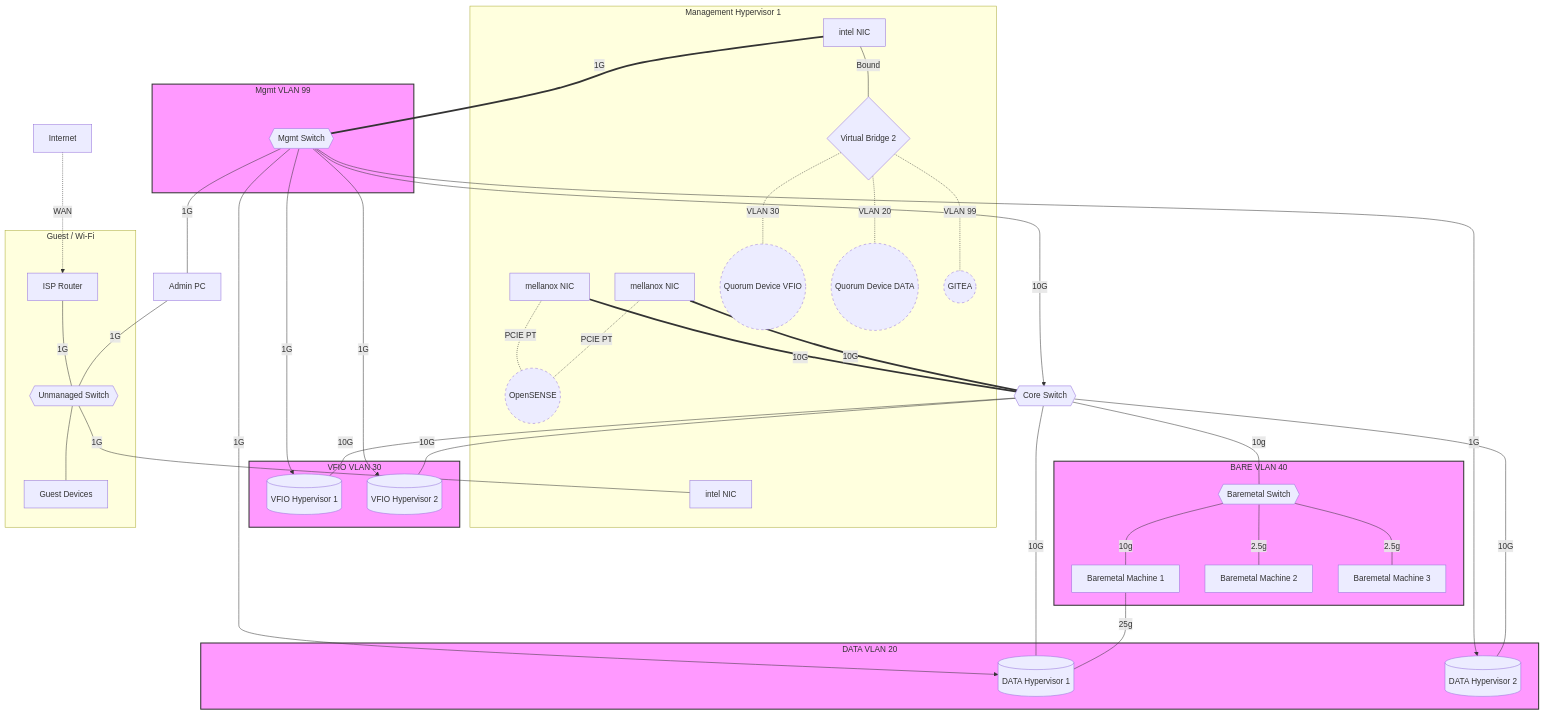
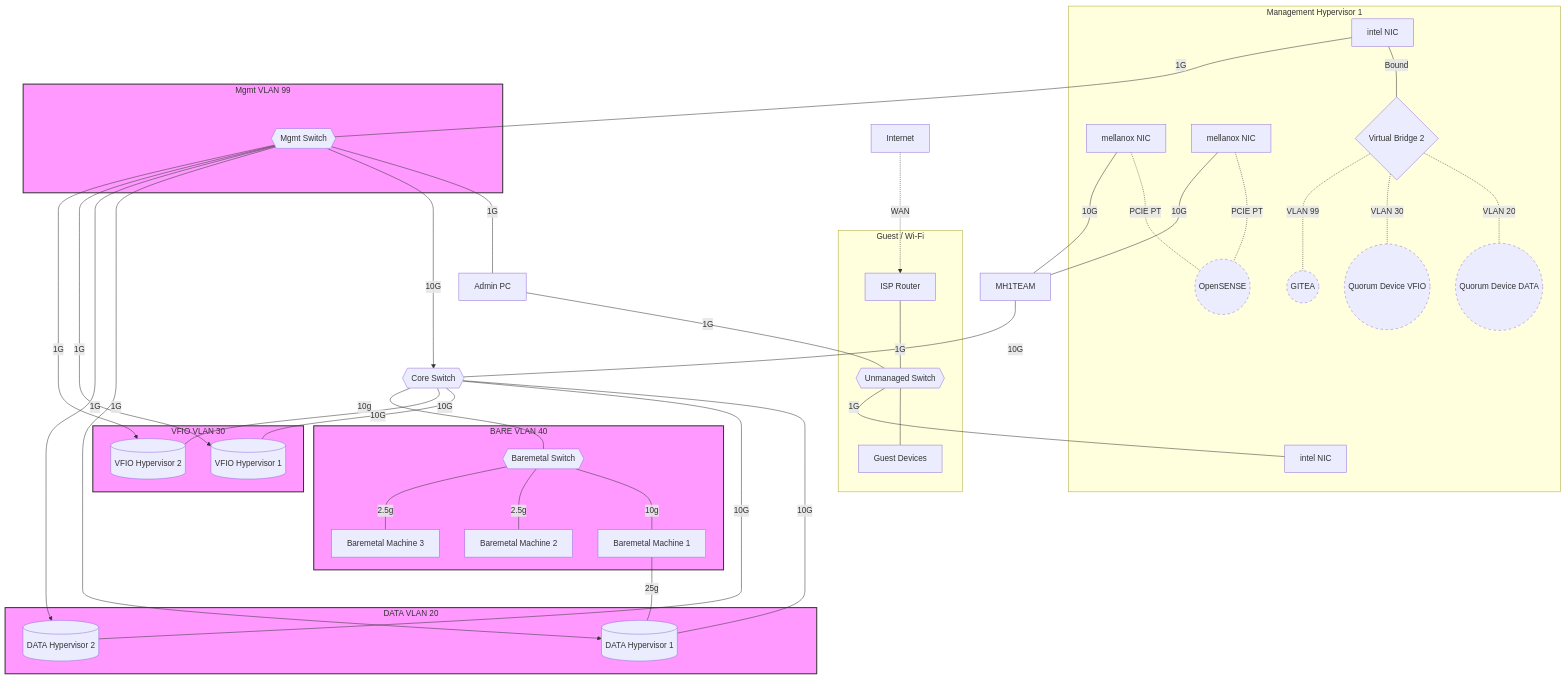
One commit to woeiru/lab changed the diagram in alp/netop.md. Above: the diagram before and after it, drawn with Mermaid.

Commit message:
alp/netop.md: introduce MH1TEAM for 10G connections

````diff
--- a/alp/netop.md
+++ b/alp/netop.md
@@ -3,78 +3,79 @@
 ```mermaid
 graph TD
     subgraph MH1[Management Hypervisor 1]
         MH1NIC1[intel NIC]
         MH1NIC2[intel NIC]
         MH1NIC3[mellanox NIC]
         MH1NIC4[mellanox NIC]
         MH1NIC3 -.-|"PCIE PT"| OPN
         MH1NIC4 -.-|"PCIE PT"| OPN
         VB2{Virtual Bridge 2}
         MH1NIC2 ---|"Bound"| VB2
         OPN((OpenSENSE))
         QDV((Quorum Device VFIO))
         QDD((Quorum Device DATA))
         GIT((GITEA))
     end
 
     INT[Internet] -.-> |WAN| ISPR[ISP Router]
     ISPR --- |"1G"| US{{Unmanaged Switch}}
     US --- GD[Guest Devices]
     US ---|1G| MH1NIC1
 
     MS{{Mgmt Switch}} ---|"1G"| APC[Admin PC]
     APC ---|"1G"| US
 
-    MH1NIC2 ===|"1G"| MS
-    MH1NIC3 ===|"10G"| CS{{Core Switch}}
-    MH1NIC4 ===|"10G"| CS{{Core Switch}}
+    MH1NIC2 ---|"1G"| MS
+    MH1NIC3 ---|"10G"| MH1TEAM
+    MH1NIC4 ---|"10G"| MH1TEAM
+    MH1TEAM ---|"10G"| CS{{Core Switch}}
 
     MS --->|"10G"| CS
     MS --->|"1G"| DH1
     MS --->|"1G"| DH2
     MS --->|"1G"| VH1
     MS --->|"1G"| VH2
 
     CS ---|"10G"| DH1[(DATA Hypervisor 1)]
     CS ---|"10G"| DH2[(DATA Hypervisor 2)]
     CS ---|"10G"| VH1[(VFIO Hypervisor 1)]
     CS ---|"10G"| VH2[(VFIO Hypervisor 2)]
 
     CS ---|"10g"| BMS{{Baremetal Switch}}
     BMS ---|"10g"| BM1[Baremetal Machine 1]
     BM1 ---|"25g"| DH1
     BMS ---|"2.5g"| BM2[Baremetal Machine 2]
     BMS ---|"2.5g"| BM3[Baremetal Machine 3]
 
     subgraph VLAN20 [DATA VLAN 20]
         DH1
         DH2
     end
     subgraph VLAN30 [VFIO VLAN 30]
         VH1
         VH2
     end
     subgraph VLAN40 [BARE VLAN 40]
         BMS
         BM1 
         BM2 
         BM3 
     end
     subgraph VLAN99 [Mgmt VLAN 99]
         MS
     end
     subgraph Guest [Guest / Wi-Fi]
         ISPR
         GD
         US
     end
 
     VB2 -.-|VLAN 20| QDD
     VB2 -.-|VLAN 30| QDV
     VB2 -.-|VLAN 99| GIT
 
     classDef punctuated stroke-dasharray: 5 5;
     class GIT,QDV,QDD,OPN punctuated;
     classDef vlan fill:#f9f,stroke:#333,stroke-width:2px;
     class VLAN20,VLAN30,VLAN40,VLAN99 vlan;
 ```
````
